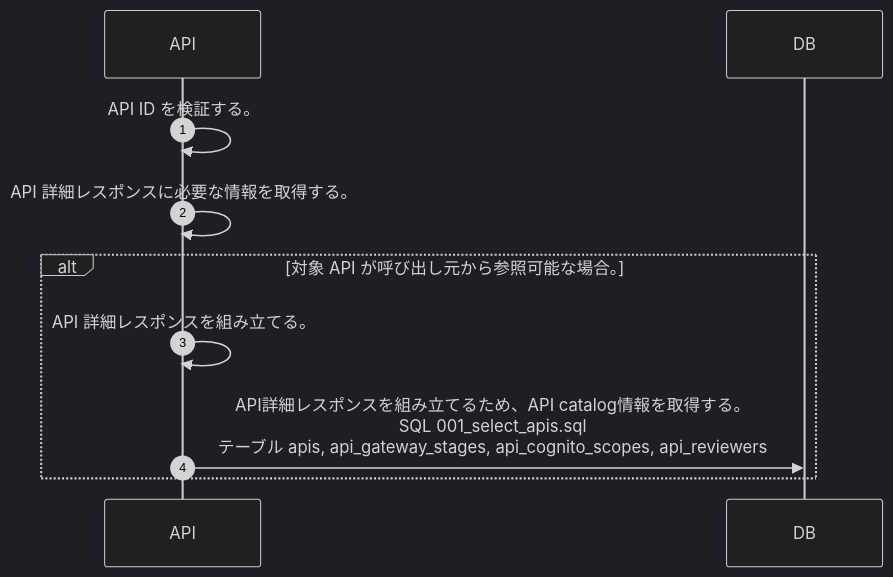
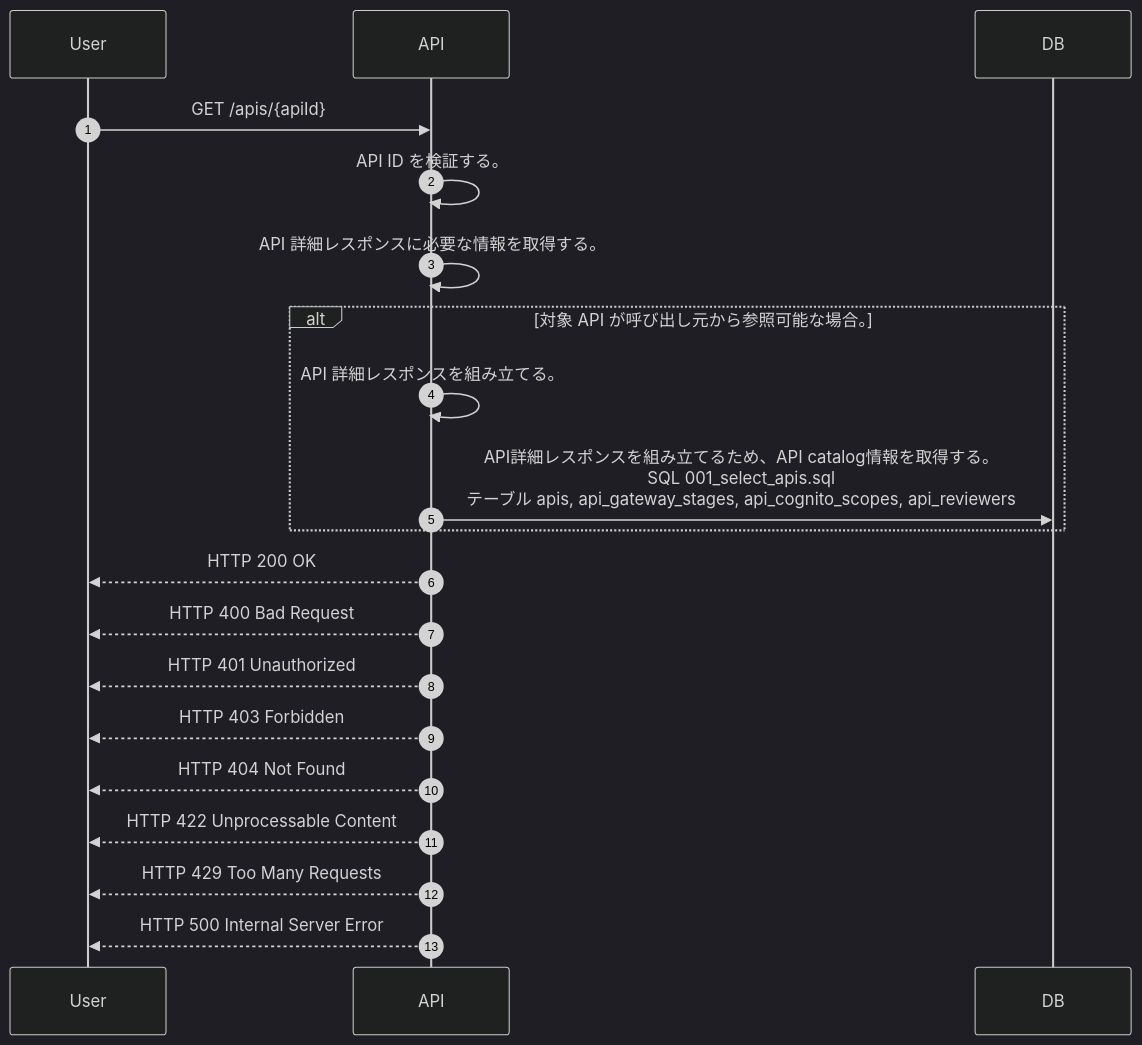
The diagram in docs/spec/40.apis/apis/get_api/sequence_gen.md (tsuji-tomonori/lazunex), drawn with Mermaid (dark theme) before and after one commit. The commit also changed 21 other files, not shown here.

Commit message:
✨ feat(sequence): HTTP status を sequence 生成に反映

````diff
--- a/docs/spec/40.apis/apis/get_api/sequence_gen.md
+++ b/docs/spec/40.apis/apis/get_api/sequence_gen.md
@@ -5,12 +5,22 @@
 ```mermaid
 sequenceDiagram
   autonumber
+  participant User as User
   participant API as API
   participant DB as DB
+  User->>API: GET /apis/{apiId}
   API->>API: API ID を検証する。
   API->>API: API 詳細レスポンスに必要な情報を取得する。
   alt 対象 API が呼び出し元から参照可能な場合。
     API->>API: API 詳細レスポンスを組み立てる。
     API->>DB: API詳細レスポンスを組み立てるため、API catalog情報を取得する。<br/>SQL 001_select_apis.sql<br/>テーブル apis, api_gateway_stages, api_cognito_scopes, api_reviewers
   end
+  API-->>User: HTTP 200 OK
+  API-->>User: HTTP 400 Bad Request
+  API-->>User: HTTP 401 Unauthorized
+  API-->>User: HTTP 403 Forbidden
+  API-->>User: HTTP 404 Not Found
+  API-->>User: HTTP 422 Unprocessable Content
+  API-->>User: HTTP 429 Too Many Requests
+  API-->>User: HTTP 500 Internal Server Error
 ```
````
